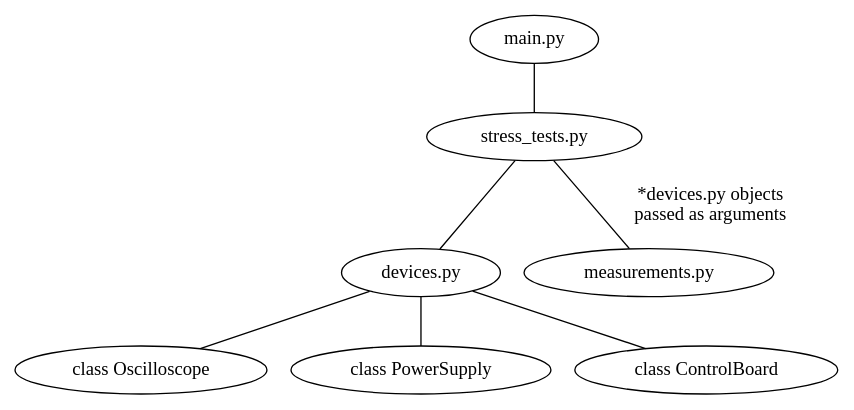
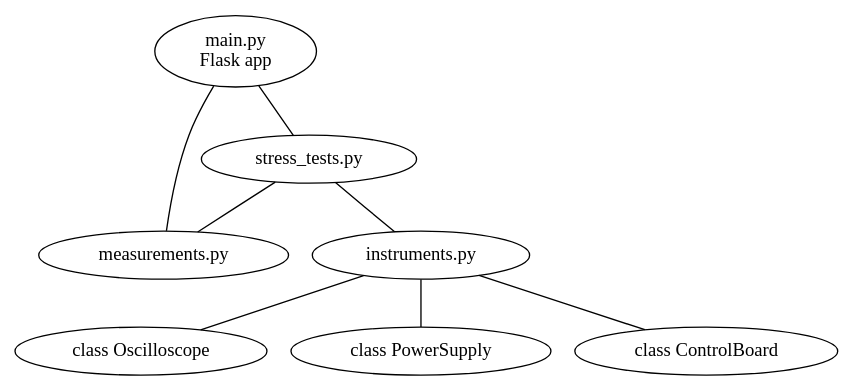
One commit to edvinsmineikis/semiconductor-test-bench changed the diagram in arch.dot. Above: the diagram before and after it, drawn with Graphviz. The commit also changed 5 other files, not shown here.

```diff
--- a/arch.dot
+++ b/arch.dot
@@ -1,10 +1,12 @@
 graph G {
+    "main.py" [label="main.py\nFlask app"]
     "main.py" -- "stress_tests.py"
+    "main.py" -- "measurements.py"
 
-    "stress_tests.py" -- "devices.py"
-    "stress_tests.py" -- "measurements.py" [label="*devices.py objects\npassed as arguments"]
+    "stress_tests.py" -- "instruments.py"
+    "stress_tests.py" -- "measurements.py"
 
-    "devices.py" -- "class Oscilloscope"
-    "devices.py" -- "class PowerSupply"
-    "devices.py" -- "class ControlBoard"
+    "instruments.py" -- "class Oscilloscope"
+    "instruments.py" -- "class PowerSupply"
+    "instruments.py" -- "class ControlBoard"
 }
```
